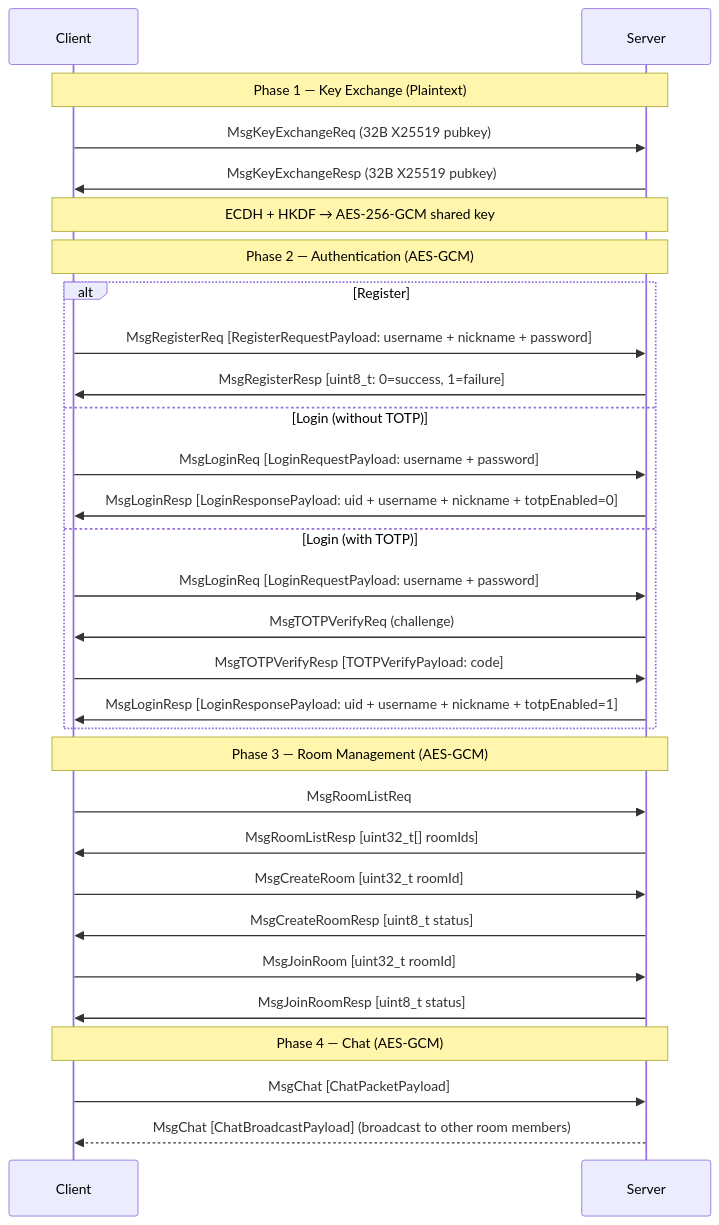
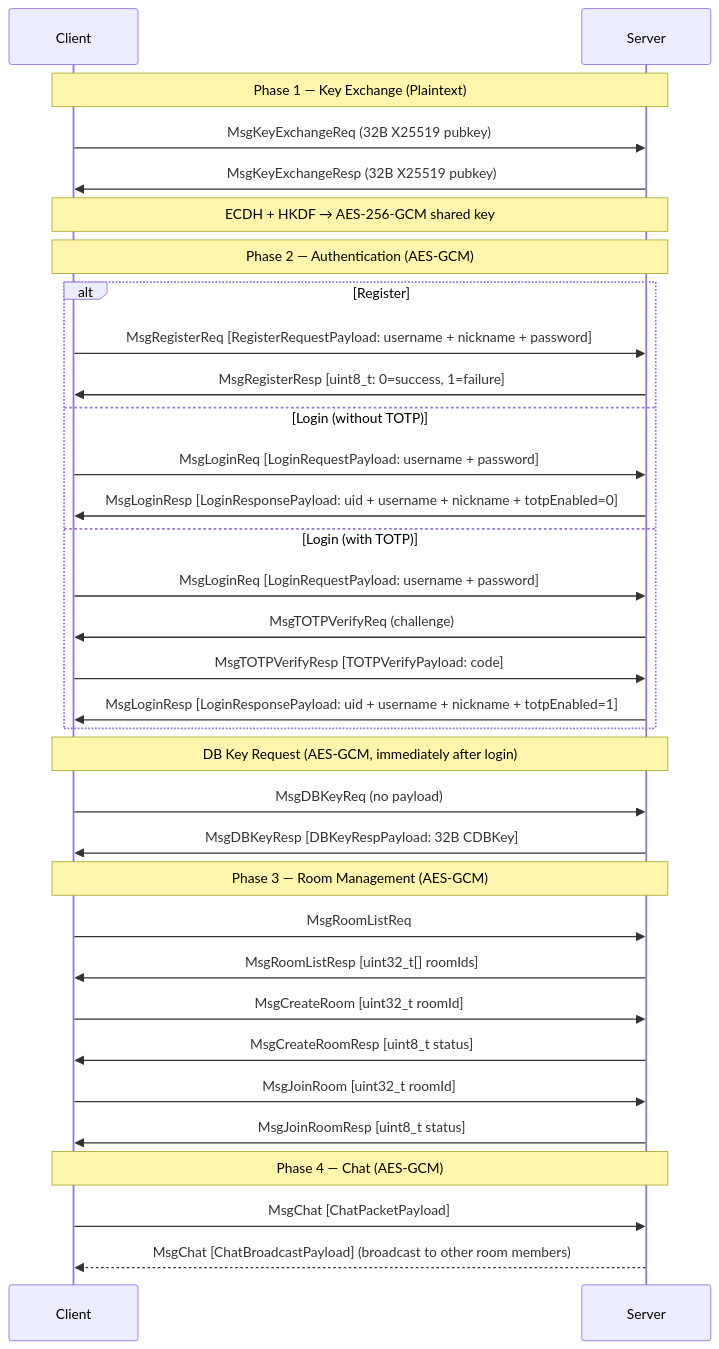
The first of 7 diagrams in docs/API.md (WinstonMeursault/PacPlay), drawn with Mermaid before and after one commit. The commit also changed other lines of this file and 14 other files, not shown here.

````diff
--- a/docs/API.md
+++ b/docs/API.md
@@ -499,36 +513,40 @@
 ```mermaid
 sequenceDiagram
     participant C as Client
     participant S as Server
 
     Note over C,S: Phase 1 — Key Exchange (Plaintext)
     C->>S: MsgKeyExchangeReq (32B X25519 pubkey)
     S->>C: MsgKeyExchangeResp (32B X25519 pubkey)
     Note over C,S: ECDH + HKDF → AES-256-GCM shared key
 
     Note over C,S: Phase 2 — Authentication (AES-GCM)
     alt Register
         C->>S: MsgRegisterReq [RegisterRequestPayload: username + nickname + password]
         S->>C: MsgRegisterResp [uint8_t: 0=success, 1=failure]
     else Login (without TOTP)
         C->>S: MsgLoginReq [LoginRequestPayload: username + password]
         S->>C: MsgLoginResp [LoginResponsePayload: uid + username + nickname + totpEnabled=0]
     else Login (with TOTP)
         C->>S: MsgLoginReq [LoginRequestPayload: username + password]
         S->>C: MsgTOTPVerifyReq (challenge)
         C->>S: MsgTOTPVerifyResp [TOTPVerifyPayload: code]
         S->>C: MsgLoginResp [LoginResponsePayload: uid + username + nickname + totpEnabled=1]
     end
 
+    Note over C,S: DB Key Request (AES-GCM, immediately after login)
+    C->>S: MsgDBKeyReq (no payload)
+    S->>C: MsgDBKeyResp [DBKeyRespPayload: 32B CDBKey]
+
     Note over C,S: Phase 3 — Room Management (AES-GCM)
     C->>S: MsgRoomListReq
     S->>C: MsgRoomListResp [uint32_t[] roomIds]
     C->>S: MsgCreateRoom [uint32_t roomId]
     S->>C: MsgCreateRoomResp [uint8_t status]
     C->>S: MsgJoinRoom [uint32_t roomId]
     S->>C: MsgJoinRoomResp [uint8_t status]
 
     Note over C,S: Phase 4 — Chat (AES-GCM)
     C->>S: MsgChat [ChatPacketPayload]
     S-->>C: MsgChat [ChatBroadcastPayload] (broadcast to other room members)
 ```
````
